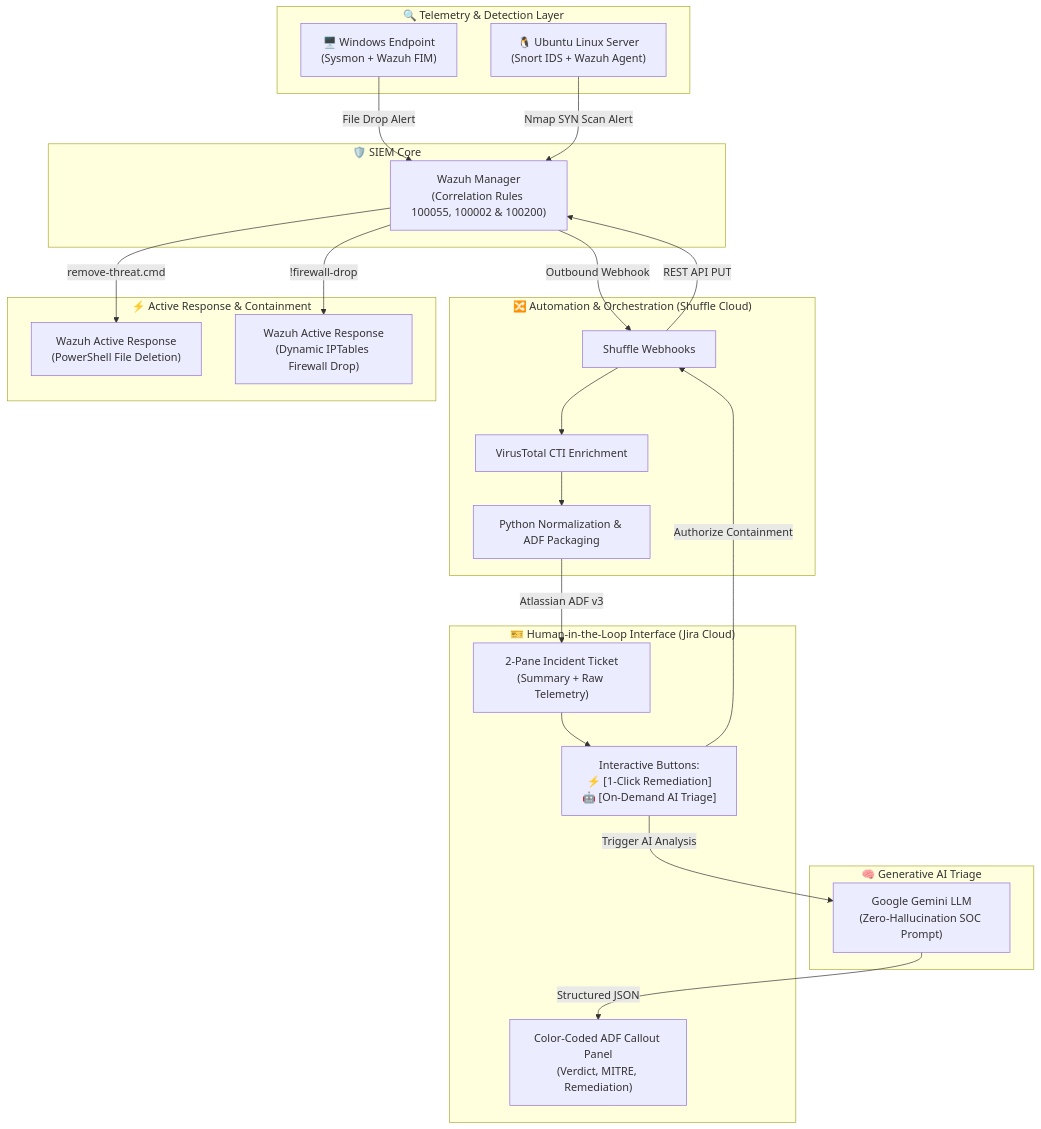
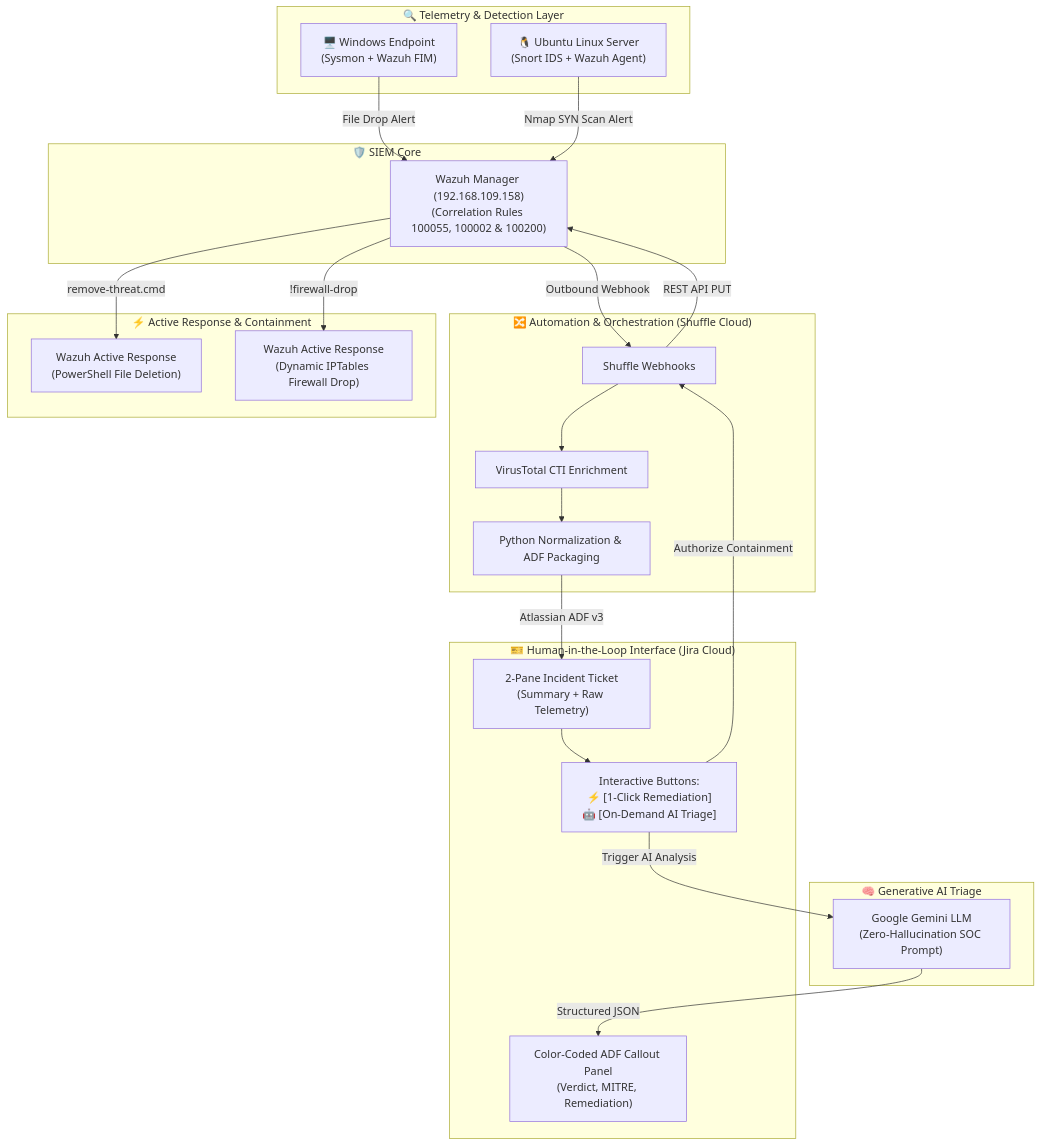
One commit to mikeH1fsd/soc-soar-ai-lab changed the diagram in README.md. Above: the diagram before and after it, drawn with Mermaid. The commit also changed other lines of this file and 2 other files, not shown here.

Commit message:
fix(network): correct Wazuh Server IP to 192.168.109.158 and delineate Ubuntu target node

````diff
--- a/README.md
+++ b/README.md
@@ -25,46 +25,46 @@
 ```mermaid
 flowchart TD
     subgraph Detection["🔍 Telemetry & Detection Layer"]
         A1["🖥️ Windows Endpoint<br/>(Sysmon + Wazuh FIM)"]
         A2["🐧 Ubuntu Linux Server<br/>(Snort IDS + Wazuh Agent)"]
     end
 
     subgraph SIEM["🛡️ SIEM Core"]
-        W1["Wazuh Manager<br/>(Correlation Rules 100055, 100002 & 100200)"]
+        W1["Wazuh Manager (192.168.109.158)<br/>(Correlation Rules 100055, 100002 & 100200)"]
     end
 
     subgraph SOAR["🔀 Automation & Orchestration (Shuffle Cloud)"]
         S1["Shuffle Webhooks"]
         S2["Python Normalization & ADF Packaging"]
         S3["VirusTotal CTI Enrichment"]
     end
 
     subgraph AI["🧠 Generative AI Triage"]
         G1["Google Gemini LLM<br/>(Zero-Hallucination SOC Prompt)"]
     end
 
     subgraph ITSM["🎫 Human-in-the-Loop Interface (Jira Cloud)"]
         J1["2-Pane Incident Ticket<br/>(Summary + Raw Telemetry)"]
         J2["Interactive Buttons:<br/>⚡ [1-Click Remediation]<br/>🤖 [On-Demand AI Triage]"]
         J3["Color-Coded ADF Callout Panel<br/>(Verdict, MITRE, Remediation)"]
     end
 
     subgraph Response["⚡ Active Response & Containment"]
         R1["Wazuh Active Response<br/>(PowerShell File Deletion)"]
         R2["Wazuh Active Response<br/>(Dynamic IPTables Firewall Drop)"]
     end
 
     A1 -->|File Drop Alert| W1
     A2 -->|Nmap SYN Scan Alert| W1
     W1 -->|Outbound Webhook| S1
     S1 --> S3
     S3 --> S2
     S2 -->|Atlassian ADF v3| J1
     J1 --> J2
     J2 -->|Trigger AI Analysis| G1
     G1 -->|Structured JSON| J3
     J2 -->|Authorize Containment| S1
     S1 -->|REST API PUT| W1
     W1 -->|remove-threat.cmd| R1
     W1 -->|!firewall-drop| R2
 ```
````
